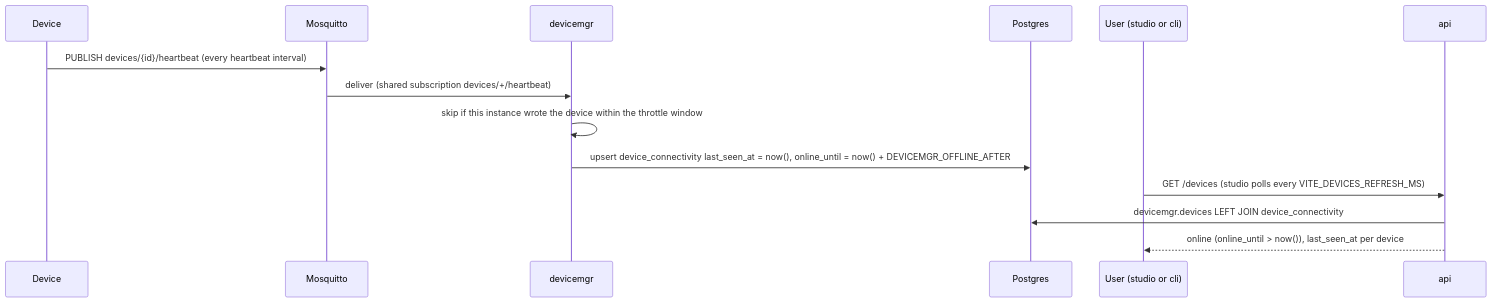
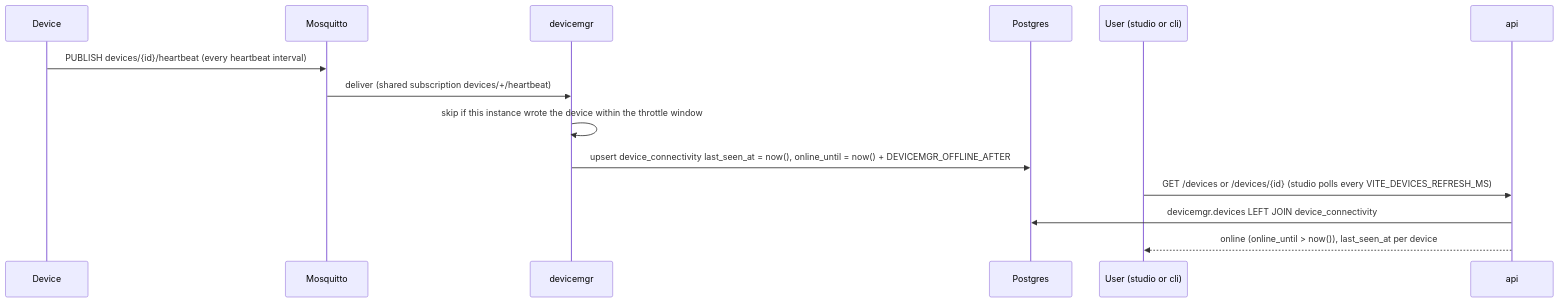
One commit to jaredhughes1012/dalnamics changed the second of 2 diagrams in docs/devices.md. Above: the diagram before and after it, drawn with Mermaid. The commit also changed other lines of this file and 40 other files, not shown here.

````diff
--- a/docs/devices.md
+++ b/docs/devices.md
@@ -112,16 +118,16 @@
 ```mermaid
 sequenceDiagram
     participant D as Device
     participant B as Mosquitto
     participant DM as devicemgr
     participant DB as Postgres
     participant U as User (studio or cli)
     participant API as api
     D->>B: PUBLISH devices/{id}/heartbeat (every heartbeat interval)
     B->>DM: deliver (shared subscription devices/+/heartbeat)
     DM->>DM: skip if this instance wrote the device within the throttle window
     DM->>DB: upsert device_connectivity last_seen_at = now(), online_until = now() + DEVICEMGR_OFFLINE_AFTER
-    U->>API: GET /devices (studio polls every VITE_DEVICES_REFRESH_MS)
+    U->>API: GET /devices or /devices/{id} (studio polls every VITE_DEVICES_REFRESH_MS)
     API->>DB: devicemgr.devices LEFT JOIN device_connectivity
     API-->>U: online (online_until > now()), last_seen_at per device
 ```
````
